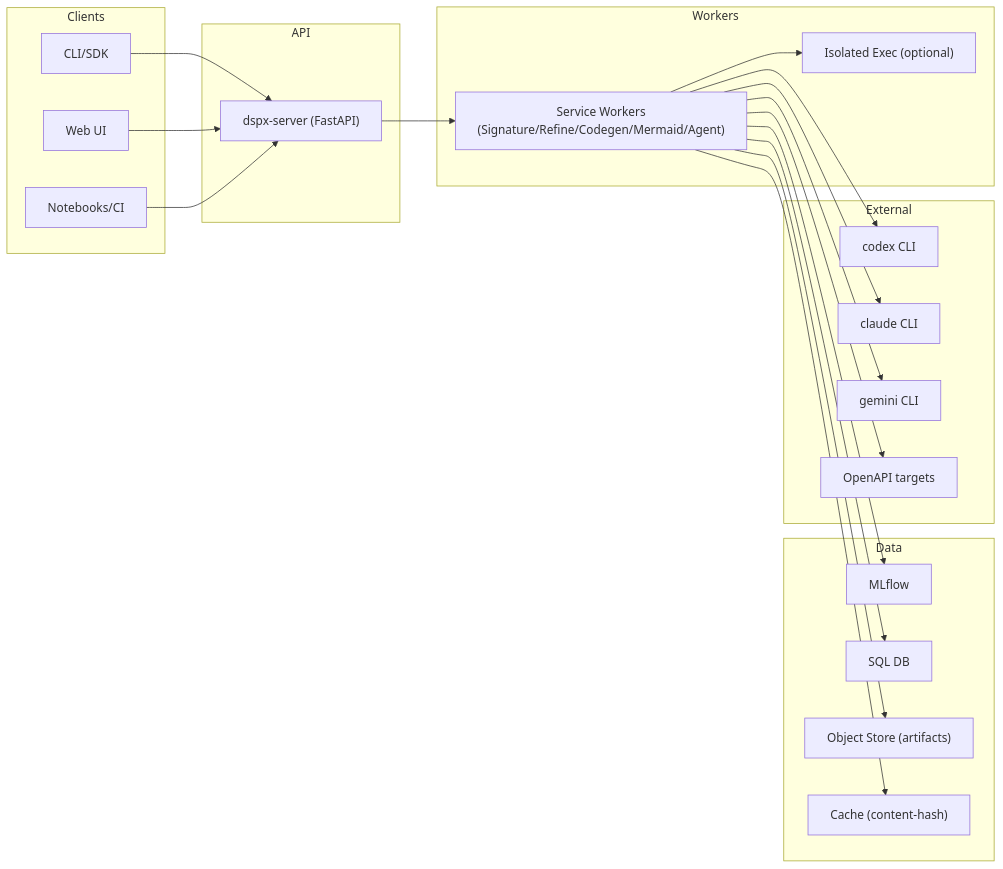
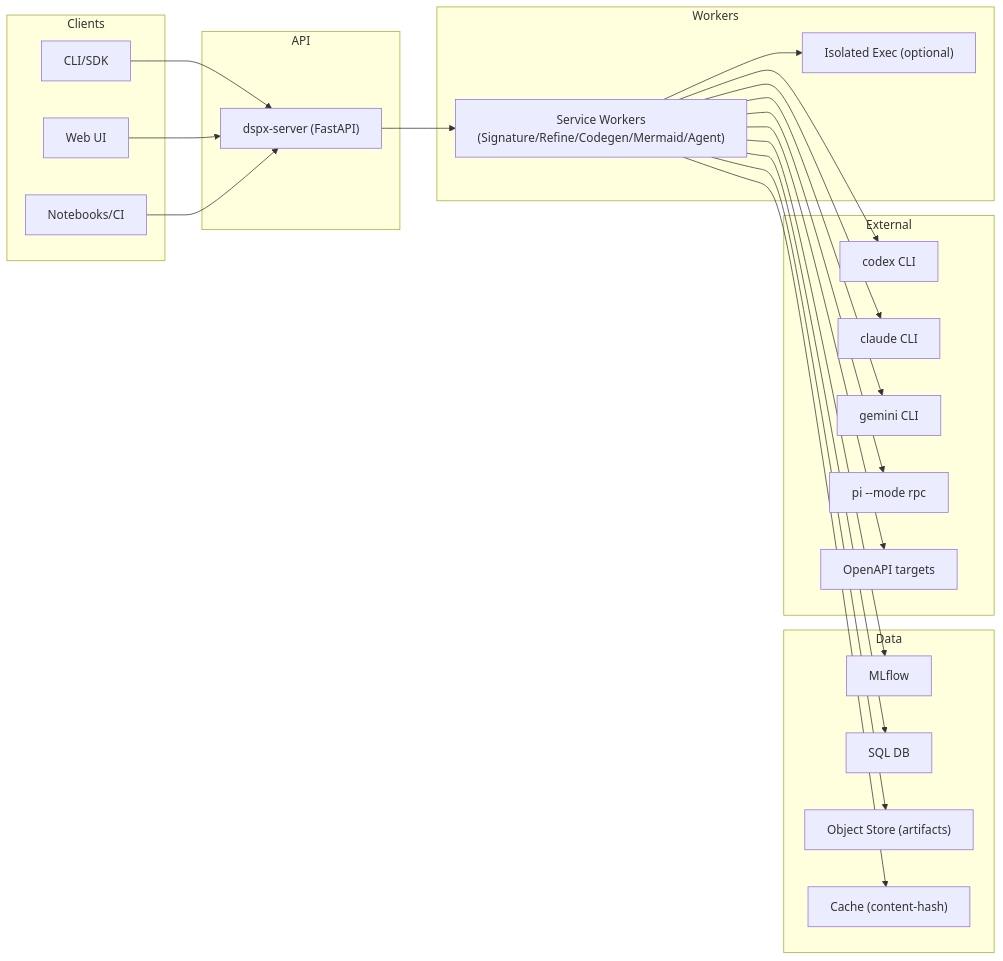
The second of 2 diagrams in docs/VISION.md (tryingET/dspx), drawn with Mermaid before and after one commit. The commit also changed other lines of this file and 6 other files, not shown here.

First line of the commit message:
📝 docs(architecture): refresh vision and docs metadata

````diff
--- a/docs/VISION.md
+++ b/docs/VISION.md
@@ -111,45 +123,47 @@
 ```mermaid
 graph LR
   subgraph Clients
     CLI["CLI/SDK"]
     Web["Web UI"]
     NB["Notebooks/CI"]
   end
 
   subgraph API
     Gateway["dspx-server (FastAPI)"]
   end
 
   subgraph Workers
     Orchestrators["Service Workers\n(Signature/Refine/Codegen/Mermaid/Agent)"]
     Sandbox["Isolated Exec (optional)"]
   end
 
   subgraph Data
     MLflow["MLflow"]
     SQL["SQL DB"]
     OBJ["Object Store (artifacts)"]
     Cache["Cache (content-hash)"]
   end
 
   subgraph External
     Codex["codex CLI"]
     Claude["claude CLI"]
     Gemini["gemini CLI"]
+    PiRPC["pi --mode rpc"]
     APIs["OpenAPI targets"]
   end
 
   CLI --> Gateway
   Web --> Gateway
   NB --> Gateway
   Gateway --> Orchestrators
   Orchestrators --> Sandbox
   Orchestrators --> MLflow
   Orchestrators --> SQL
   Orchestrators --> OBJ
   Orchestrators --> Cache
   Orchestrators --> Codex
   Orchestrators --> Claude
   Orchestrators --> Gemini
+  Orchestrators --> PiRPC
   Orchestrators --> APIs
 ```
````
